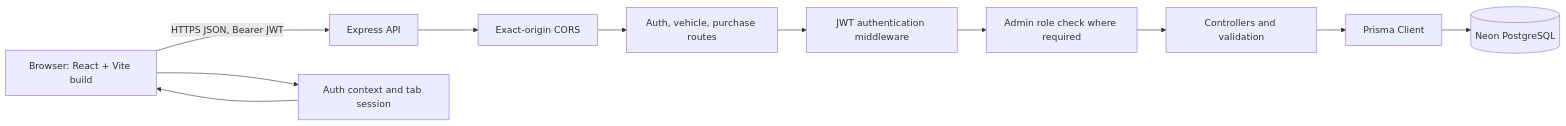
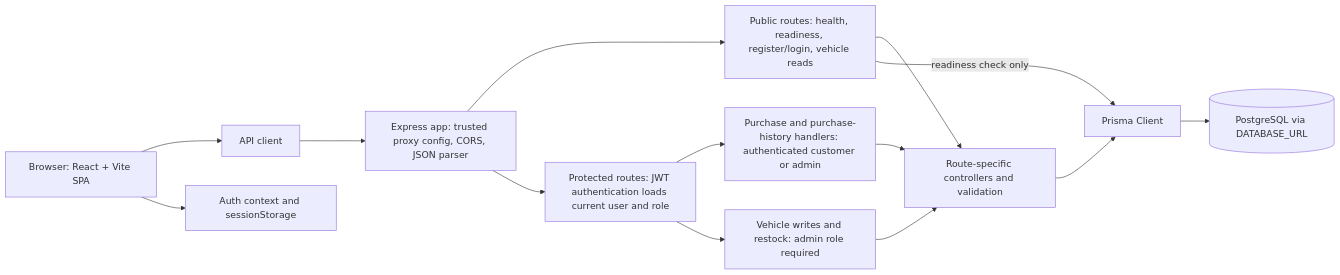
The diagram in README.md (rayarsingh100/Incubyte-car-dealership), drawn with Mermaid before and after one commit. The commit also changed other lines of this file and 9 other files, not shown here.

Commit message:
docs: improve README screenshots and architecture

````diff
--- a/README.md
+++ b/README.md
@@ -90,13 +101,16 @@
 ```mermaid
 flowchart LR
-    Browser[Browser: React + Vite build] -->|HTTPS JSON, Bearer JWT| API[Express API]
-    Browser --> AuthState[Auth context and tab session]
-    AuthState --> Browser
-    API --> CORS[Exact-origin CORS]
-    CORS --> Routes[Auth, vehicle, purchase routes]
-    Routes --> Auth[JWT authentication middleware]
-    Auth --> Role[Admin role check where required]
-    Role --> Controllers[Controllers and validation]
+    Browser[Browser: React + Vite SPA] --> Client[API client]
+    Browser --> Session[Auth context and sessionStorage]
+    Client --> Middleware[Express app: trusted proxy config, CORS, JSON parser]
+    Middleware --> Public[Public routes: health, readiness, register/login, vehicle reads]
+    Middleware --> Protected[Protected routes: JWT authentication loads current user and role]
+    Protected --> Purchase[Purchase and purchase-history handlers: authenticated customer or admin]
+    Protected --> Admin[Vehicle writes and restock: admin role required]
+    Public --> Controllers[Route-specific controllers and validation]
+    Purchase --> Controllers
+    Admin --> Controllers
     Controllers --> Prisma[Prisma Client]
-    Prisma --> DB[(Neon PostgreSQL)]
+    Public -->|readiness check only| Prisma
+    Prisma --> DB[(PostgreSQL via DATABASE_URL)]
 ```
````
